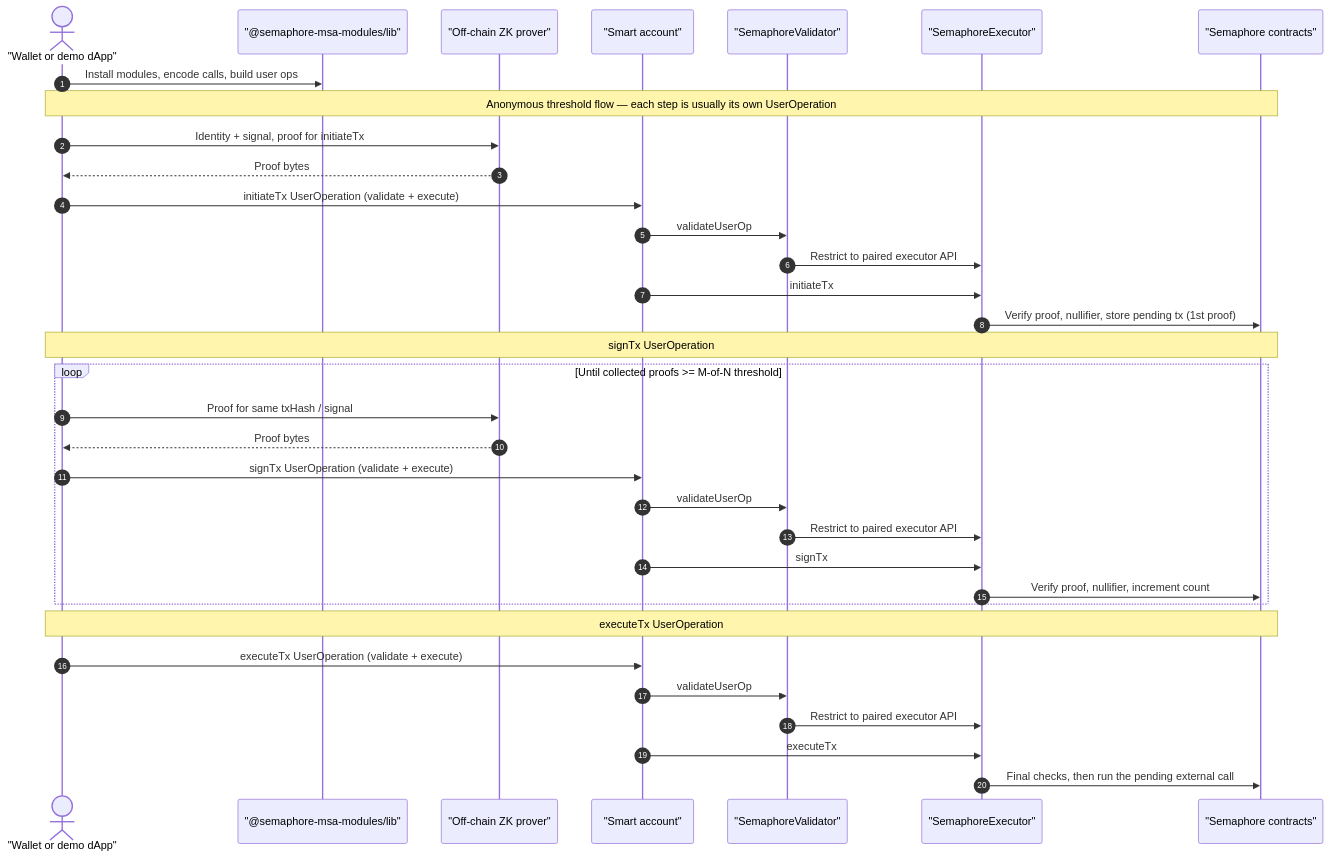
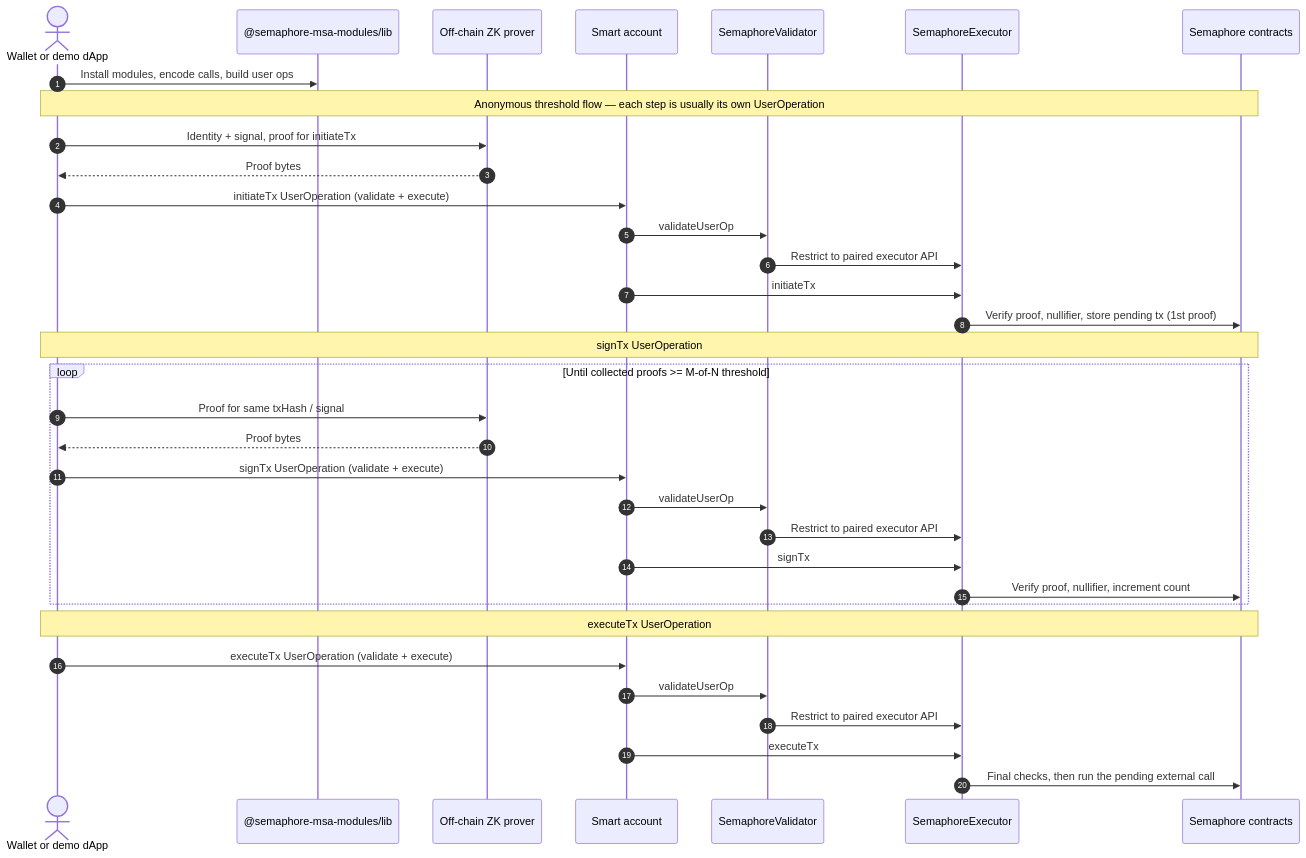
One commit to jimmychu0807/semaphore-msa-validator changed the diagram in README.md. Above: the diagram before and after it, drawn with Mermaid.

````diff
--- a/README.md
+++ b/README.md
@@ -28,43 +28,43 @@
 ```mermaid
 sequenceDiagram
 
   autonumber
-  actor App as "Wallet or demo dApp"
-  participant Lib as "@semaphore-msa-modules/lib"
-  participant ZK as "Off-chain ZK prover"
-  participant SA as "Smart account"
-  participant Val as "SemaphoreValidator"
-  participant Ex as "SemaphoreExecutor"
-  participant Sem as "Semaphore contracts"
+  actor App as Wallet or demo dApp
+  participant Lib as @semaphore-msa-modules/lib
+  participant ZK as Off-chain ZK prover
+  participant SA as Smart account
+  participant Val as SemaphoreValidator
+  participant Ex as SemaphoreExecutor
+  participant Sem as Semaphore contracts
 
   App->>Lib: Install modules, encode calls, build user ops
 
   Note over App,Sem: Anonymous threshold flow — each step is usually its own UserOperation
 
   App->>ZK: Identity + signal, proof for initiateTx
   ZK-->>App: Proof bytes
   App->>SA: initiateTx UserOperation (validate + execute)
   SA->>Val: validateUserOp
   Val->>Ex: Restrict to paired executor API
   SA->>Ex: initiateTx
   Ex->>Sem: Verify proof, nullifier, store pending tx (1st proof)
 
   Note over App,Sem: signTx UserOperation
 
   loop Until collected proofs >= M-of-N threshold
     App->>ZK: Proof for same txHash / signal
     ZK-->>App: Proof bytes
     App->>SA: signTx UserOperation (validate + execute)
     SA->>Val: validateUserOp
     Val->>Ex: Restrict to paired executor API
     SA->>Ex: signTx
     Ex->>Sem: Verify proof, nullifier, increment count
   end
 
   Note over App,Sem: executeTx UserOperation
   App->>SA: executeTx UserOperation (validate + execute)
   SA->>Val: validateUserOp
   Val->>Ex: Restrict to paired executor API
   SA->>Ex: executeTx
   Ex->>Sem: Final checks, then run the pending external call
 ```
````
